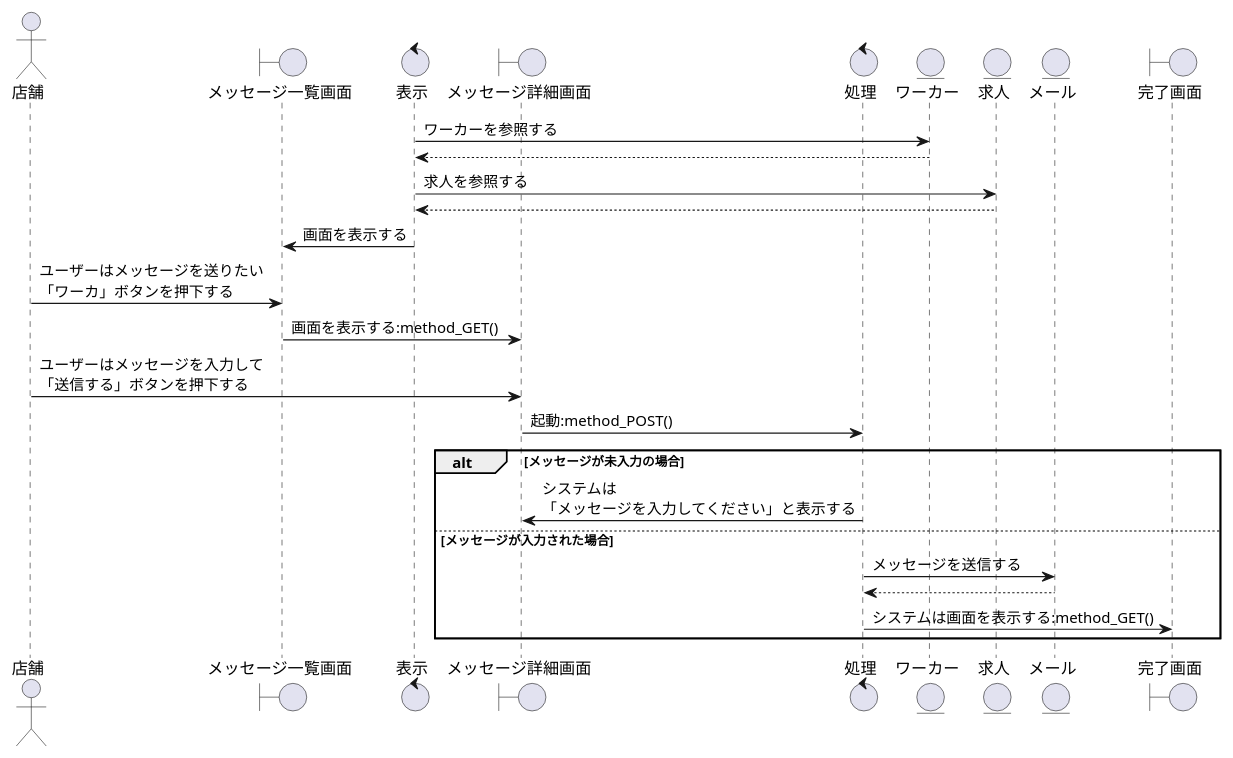
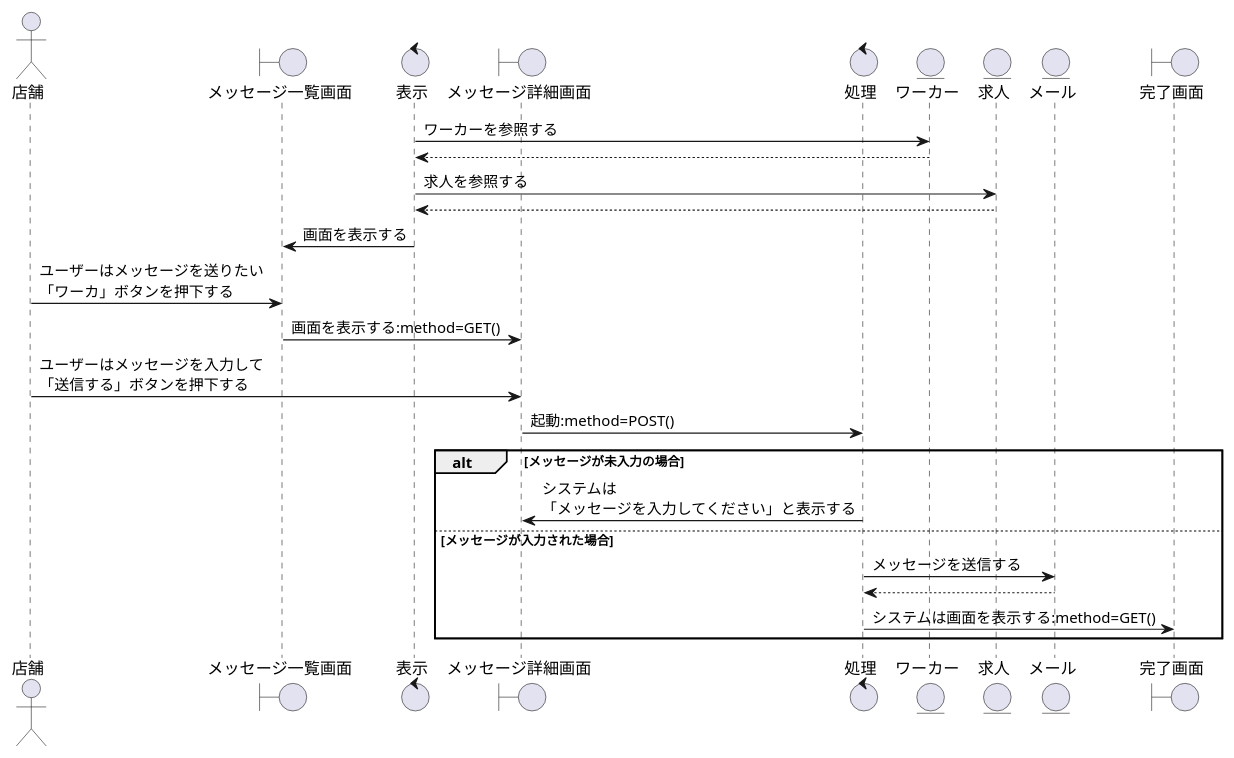
One commit to irukacb256/high_Me changed the diagram in sequence_fig/8_storeside_fn/07_メッセージでやり取りする.pu. Above: the diagram before and after it, drawn with PlantUML. The commit also changed 13 other files, not shown here.

```diff
--- a/sequence_fig/8_storeside_fn/07_メッセージでやり取りする.pu
+++ b/sequence_fig/8_storeside_fn/07_メッセージでやり取りする.pu
@@ -1,34 +1,34 @@
 @startuml メッセージでやり取りする
 
 actor 店舗 as cp1
 boundary メッセージ一覧画面 as mlv1
 control 表示 as co1
 boundary メッセージ詳細画面 as mdv1
 control 処理 as co2
 
 entity ワーカー as wo1
 entity 求人 as jb1
 entity メール as ml1
 boundary 完了画面 as cmv1
 
 co1 -> wo1 : ワーカーを参照する
 co1 <-- wo1
 co1 -> jb1 : 求人を参照する
 co1 <-- jb1
 co1 -> mlv1 : 画面を表示する
 cp1 -> mlv1 : ユーザーはメッセージを送りたい\n「ワーカ」ボタンを押下する
-mlv1 -> mdv1 : 画面を表示する:method_GET()
+mlv1 -> mdv1 : 画面を表示する:method=GET()
 cp1 -> mdv1 : ユーザーはメッセージを入力して\n「送信する」ボタンを押下する
-mdv1 -> co2 : 起動:method_POST()
+mdv1 -> co2 : 起動:method=POST()
 
 alt メッセージが未入力の場合
     co2 -> mdv1 : システムは\n「メッセージを入力してください」と表示する
 
 else メッセージが入力された場合
     co2 -> ml1 : メッセージを送信する
     co2 <-- ml1
-    co2 -> cmv1 : システムは画面を表示する:method_GET()
+    co2 -> cmv1 : システムは画面を表示する:method=GET()
 
 end
 
 @enduml
```
